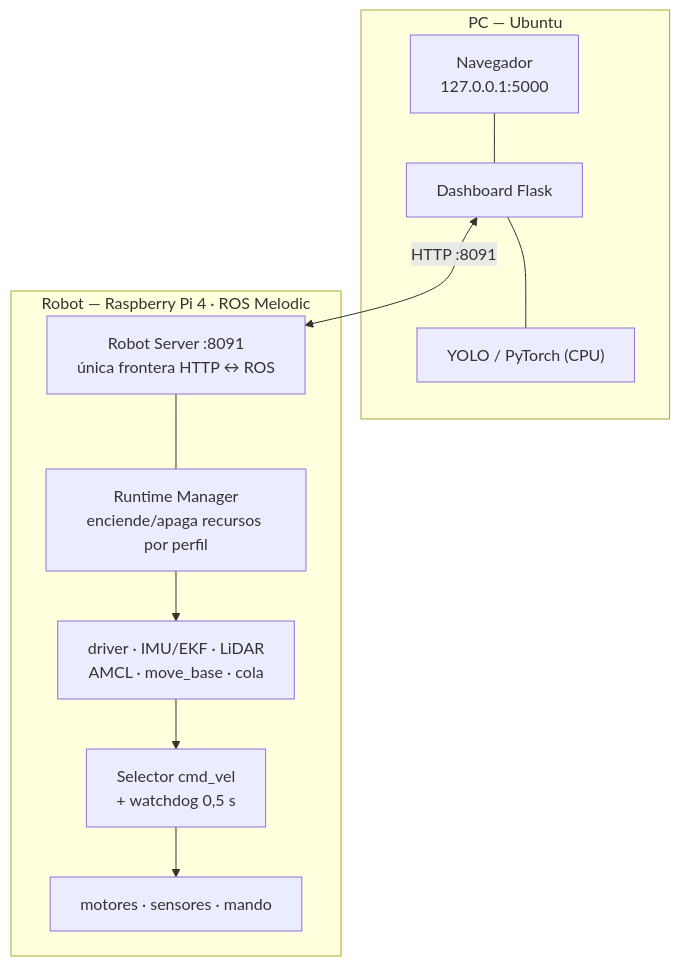
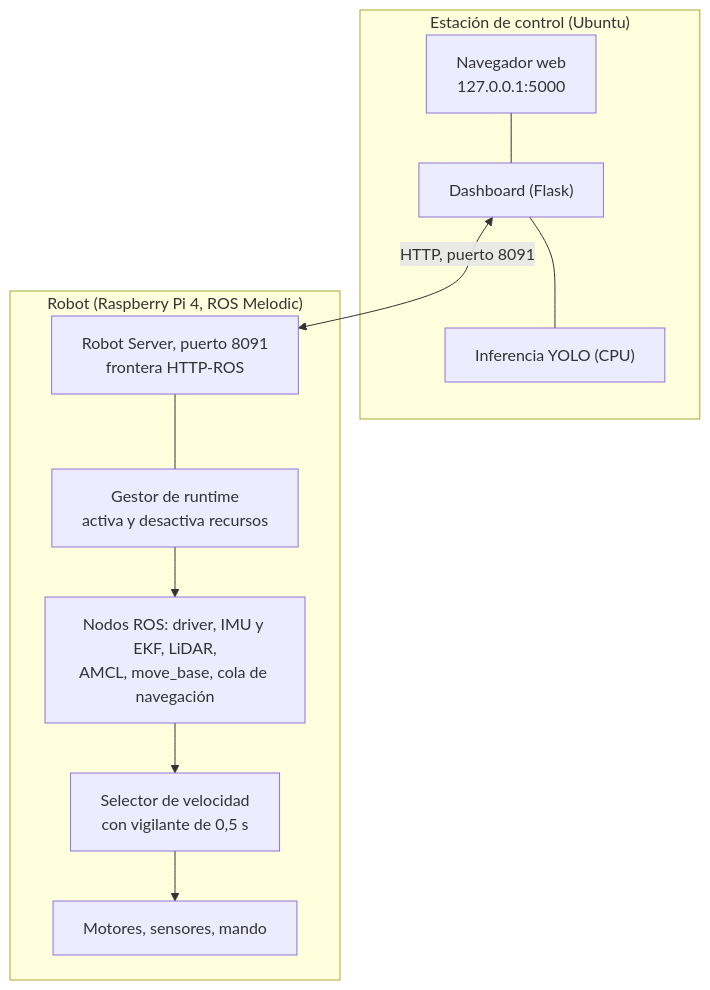
The diagram in README.md (ToscanoID007/safevision), drawn with Mermaid before and after one commit. The commit also changed other lines of this file, not shown here.

First line of the commit message:
docs: reescribe el README en registro formal, con el proposito antes que el uso

````diff
--- a/README.md
+++ b/README.md
@@ -442,17 +95,17 @@
 ```mermaid
 flowchart TB
-    subgraph PC["PC — Ubuntu"]
-        UI["Navegador<br/>127.0.0.1:5000"] --- FL["Dashboard Flask"]
-        FL --- YO["YOLO / PyTorch (CPU)"]
+    subgraph PC["Estación de control (Ubuntu)"]
+        UI["Navegador web<br/>127.0.0.1:5000"] --- FL["Dashboard (Flask)"]
+        FL --- YO["Inferencia YOLO (CPU)"]
     end
-    subgraph PI["Robot — Raspberry Pi 4 · ROS Melodic"]
-        RS["Robot Server :8091<br/>única frontera HTTP ↔ ROS"]
-        RM["Runtime Manager<br/>enciende/apaga recursos por perfil"]
-        SEL["Selector cmd_vel<br/>+ watchdog 0,5 s"]
-        ROS["driver · IMU/EKF · LiDAR<br/>AMCL · move_base · cola"]
-        HW["motores · sensores · mando"]
+    subgraph PI["Robot (Raspberry Pi 4, ROS Melodic)"]
+        RS["Robot Server, puerto 8091<br/>frontera HTTP-ROS"]
+        RM["Gestor de runtime<br/>activa y desactiva recursos"]
+        SEL["Selector de velocidad<br/>con vigilante de 0,5 s"]
+        ROS["Nodos ROS: driver, IMU y EKF, LiDAR,<br/>AMCL, move_base, cola de navegación"]
+        HW["Motores, sensores, mando"]
         RS --- RM --> ROS
         ROS --> SEL --> HW
     end
-    FL <-->|"HTTP :8091"| RS
+    FL <-->|"HTTP, puerto 8091"| RS
 ```
````
